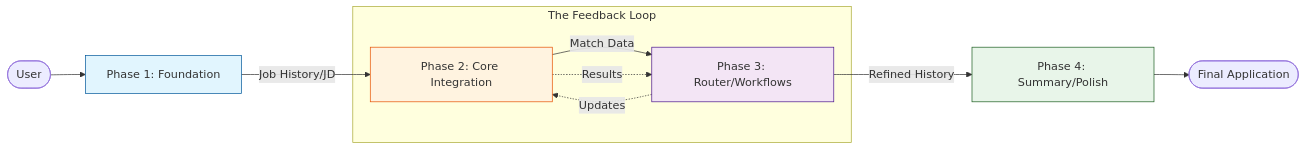
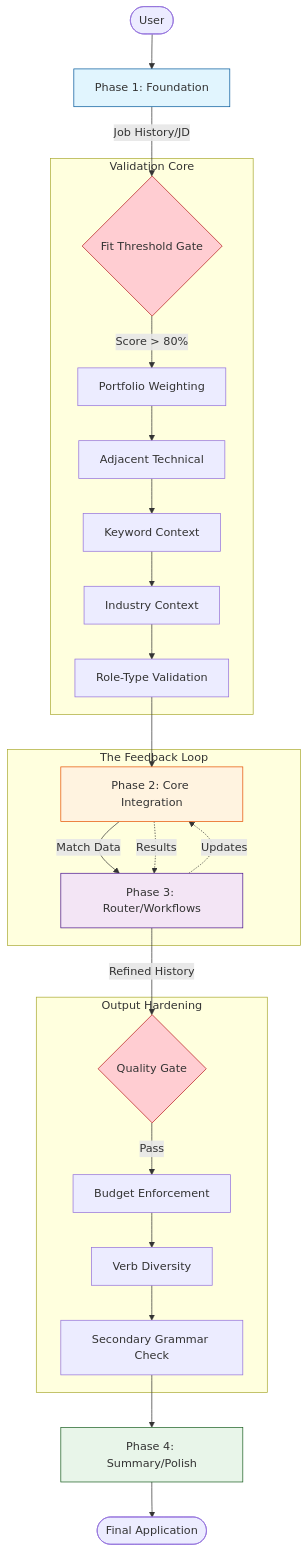
Before and after one commit to technomensch/optimize-my-resume: the diagram in wireframes/complete-workflow-mermaid.md, drawn with Mermaid. The commit also changed other lines of this file and 26 other files, not shown here.

Commit message:
docs: synchronize architectural wireframes with v6.3.x guardrails and establish testing protocols

````diff
--- a/wireframes/complete-workflow-mermaid.md
+++ b/wireframes/complete-workflow-mermaid.md
@@ -13,18 +13,38 @@
 ```mermaid
-graph LR
+graph TD
     User([User]) --> P1[Phase 1: Foundation]
-    P1 -->|Job History/JD| P2[Phase 2: Core Integration]
+    P1 -->|Job History/JD| G1{Fit Threshold Gate}
+    
+    subgraph "Validation Core"
+    G1 -->|Score > 80%| M1[Portfolio Weighting]
+    M1 --> M2[Adjacent Technical]
+    M2 --> M3[Keyword Context]
+    M3 --> M4[Industry Context]
+    M4 --> M5[Role-Type Validation]
+    end
+    
+    M5 --> P2[Phase 2: Core Integration]
     P2 -->|Match Data| P3[Phase 3: Router/Workflows]
-    P3 -->|Refined History| P4[Phase 4: Summary/Polish]
+    P3 -->|Refined History| G2{Quality Gate}
+    
+    subgraph "Output Hardening"
+    G2 -->|Pass| Q1[Budget Enforcement]
+    Q1 --> Q2[Verb Diversity]
+    Q2 --> Q3[Secondary Grammar Check]
+    end
+    
+    Q3 --> P4[Phase 4: Summary/Polish]
     P4 --> Result([Final Application])
     
     subgraph "The Feedback Loop"
     P3 -.->|Updates| P2
     P2 -.->|Results| P3
     end
     
     style P1 fill:#e1f5fe,stroke:#01579b
     style P2 fill:#fff3e0,stroke:#e65100
     style P3 fill:#f3e5f5,stroke:#4a148c
     style P4 fill:#e8f5e9,stroke:#1b5e20
+    style G1 fill:#ffcdd2,stroke:#b71c1c
+    style G2 fill:#ffcdd2,stroke:#b71c1c
 ```
````
